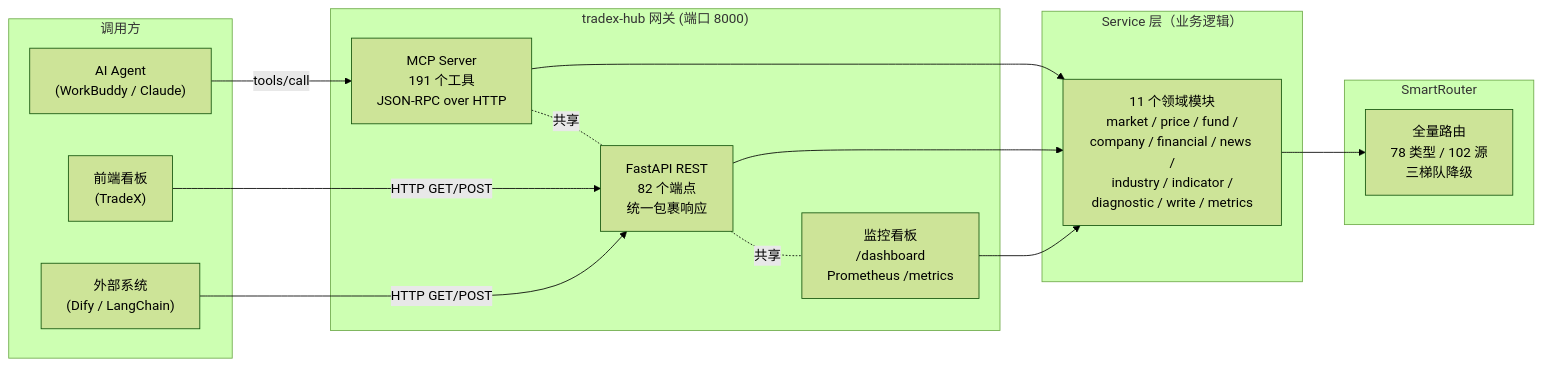
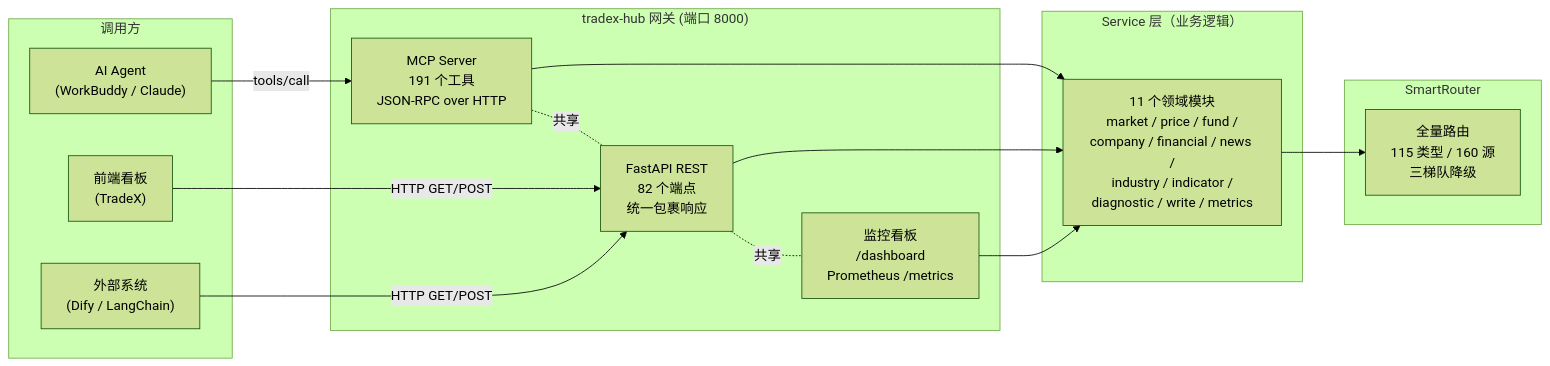
One commit to wolfjkd/tradex-hub changed the first of 2 diagrams in README.md. Above: the diagram before and after it, drawn with Mermaid (forest theme). The commit also changed other lines of this file and 7 other files, not shown here.

````diff
--- a/README.md
+++ b/README.md
@@ -100,32 +100,32 @@
 ```mermaid
 flowchart LR
     subgraph Caller["调用方"]
         A1["AI Agent<br/>(WorkBuddy / Claude)"]
         A2["前端看板<br/>(TradeX)"]
         A3["外部系统<br/>(Dify / LangChain)"]
     end
 
     subgraph Gateway["tradex-hub 网关 (端口 8000)"]
         B1["MCP Server<br/>191 个工具<br/>JSON-RPC over HTTP"]
         B2["FastAPI REST<br/>82 个端点<br/>统一包裹响应"]
         B3["监控看板<br/>/dashboard<br/>Prometheus /metrics"]
         B1 -.共享.- B2
         B2 -.共享.- B3
     end
 
     subgraph Service["Service 层（业务逻辑）"]
         C1["11 个领域模块<br/>market / price / fund /<br/>company / financial / news /<br/>industry / indicator /<br/>diagnostic / write / metrics"]
     end
 
     subgraph Router["SmartRouter"]
-        D1["全量路由<br/>78 类型 / 102 源<br/>三梯队降级"]
+        D1["全量路由<br/>115 类型 / 160 源<br/>三梯队降级"]
     end
 
     A1 -->|tools/call| B1
     A2 -->|HTTP GET/POST| B2
     A3 -->|HTTP GET/POST| B2
     B1 --> C1
     B2 --> C1
     B3 --> C1
     C1 --> D1
 ```
````
